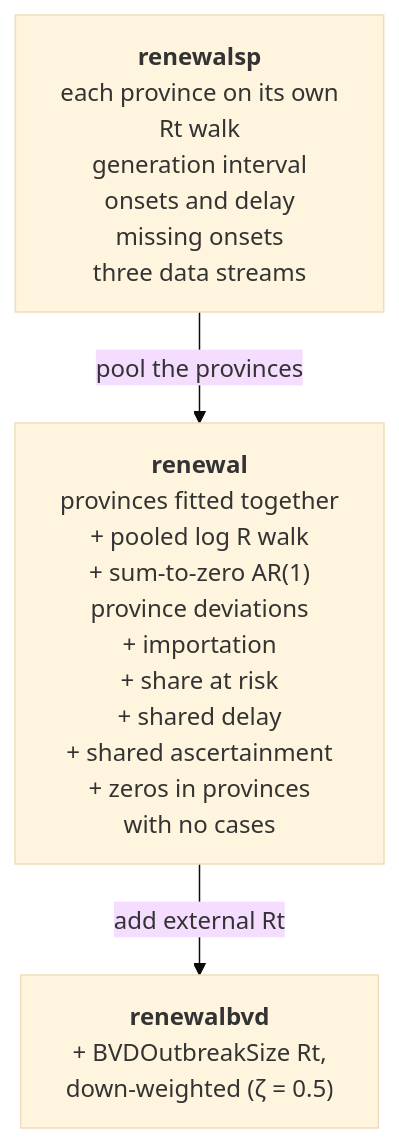
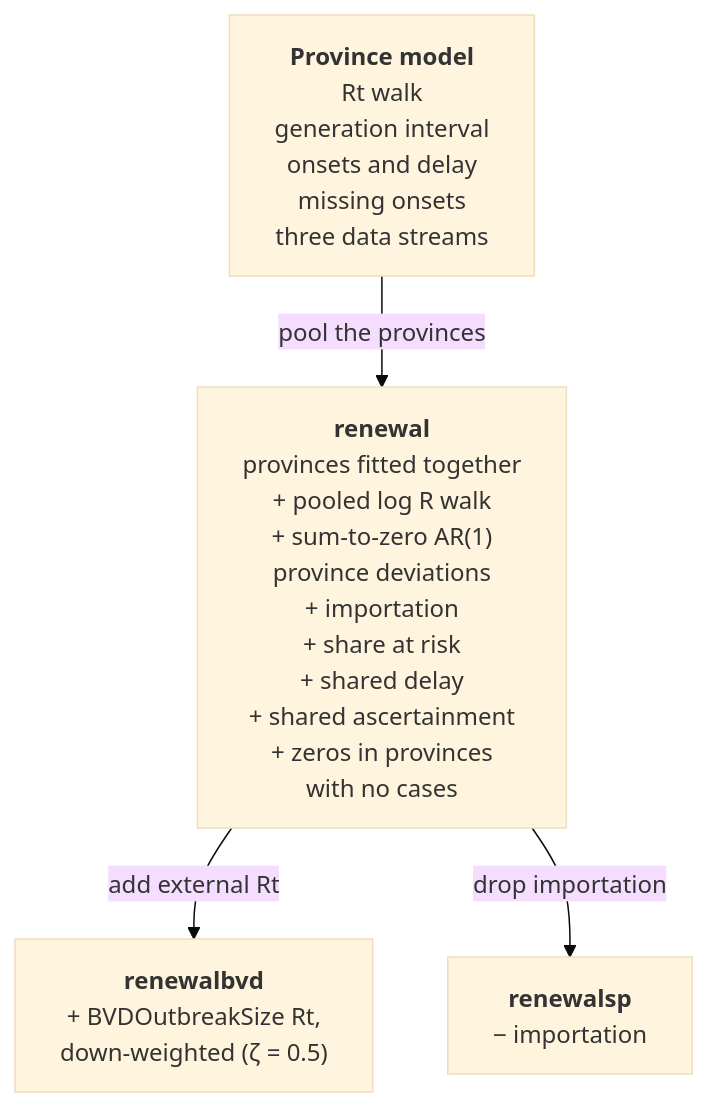
Before and after one commit to seabbs/BDBVHubRenewal: the first of 4 diagrams in docs/methods/model.md, drawn with Mermaid (base theme). The commit also changed other lines of this file and 19 other files, not shown here.

First line of the commit message:
Fit renewalsp as renewal without importation and drop the single-patch path

````diff
--- a/docs/methods/model.md
+++ b/docs/methods/model.md
@@ -18,9 +18,11 @@
 ```mermaid
 flowchart TD
-    SP["<b>renewalsp</b><br/>each province on its own<br/>Rt walk<br/>generation interval<br/>onsets and delay<br/>missing onsets<br/>three data streams"]
+    PM["<b>Province model</b><br/>Rt walk<br/>generation interval<br/>onsets and delay<br/>missing onsets<br/>three data streams"]
     RN["<b>renewal</b><br/>provinces fitted together<br/>+ pooled log R walk<br/>+ sum-to-zero AR(1)<br/>province deviations<br/>+ importation<br/>+ share at risk<br/>+ shared delay<br/>+ shared ascertainment<br/>+ zeros in provinces<br/>with no cases"]
     BV["<b>renewalbvd</b><br/>+ BVDOutbreakSize Rt,<br/>down-weighted (ζ = 0.5)"]
+    SP["<b>renewalsp</b><br/>− importation"]
 
-    SP -- "pool the provinces" --> RN
+    PM -- "pool the provinces" --> RN
     RN -- "add external Rt" --> BV
+    RN -- "drop importation" --> SP
 ```
````
